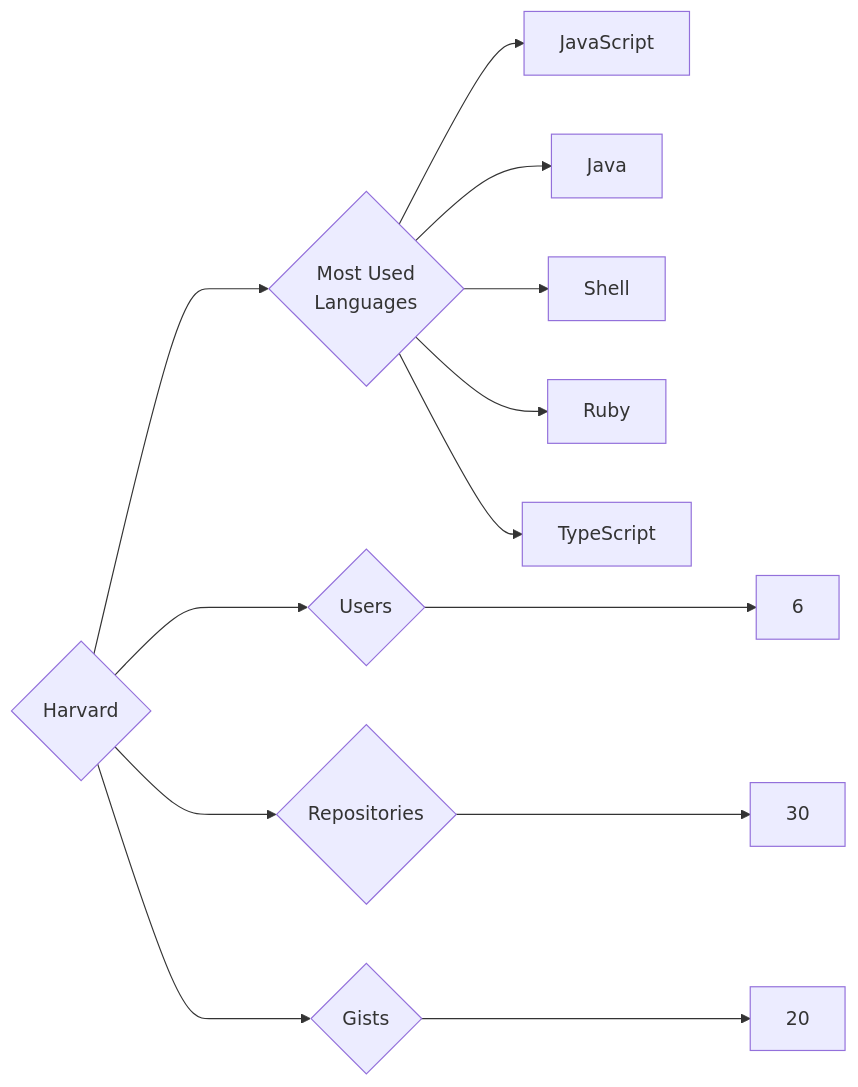
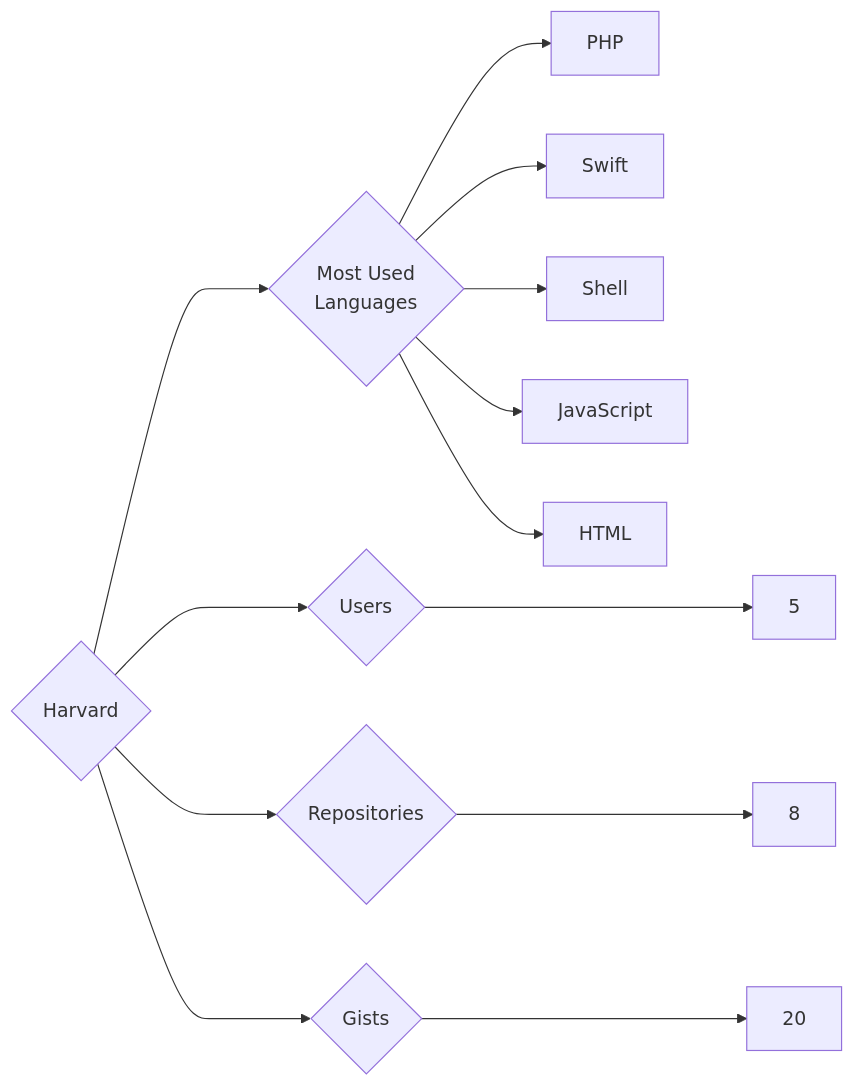
One commit to trickest/insiders changed the diagram in targets/Harvard/README.md. Above: the diagram before and after it, drawn with Mermaid. The commit also changed 1036 other files, not shown here.

````diff
--- a/targets/Harvard/README.md
+++ b/targets/Harvard/README.md
@@ -3,13 +3,13 @@
 ```mermaid
 graph LR
 COMPANY_NAME{Harvard}
-COMPANY_NAME ---> U{Users} ---> UN[6]
-COMPANY_NAME ---> R{Repositories} ---> RN[30]
+COMPANY_NAME ---> U{Users} ---> UN[5]
+COMPANY_NAME ---> R{Repositories} ---> RN[8]
 COMPANY_NAME ---> G{Gists} ---> GN[20]
 COMPANY_NAME ---> ML{Most Used<br>Languages}
+ML --> PHP[PHP]
+ML --> Swift[Swift]
+ML --> Shell[Shell]
 ML --> JavaScript[JavaScript]
-ML --> Java[Java]
-ML --> Shell[Shell]
-ML --> Ruby[Ruby]
-ML --> TypeScript[TypeScript]
+ML --> HTML[HTML]
 ```
````
